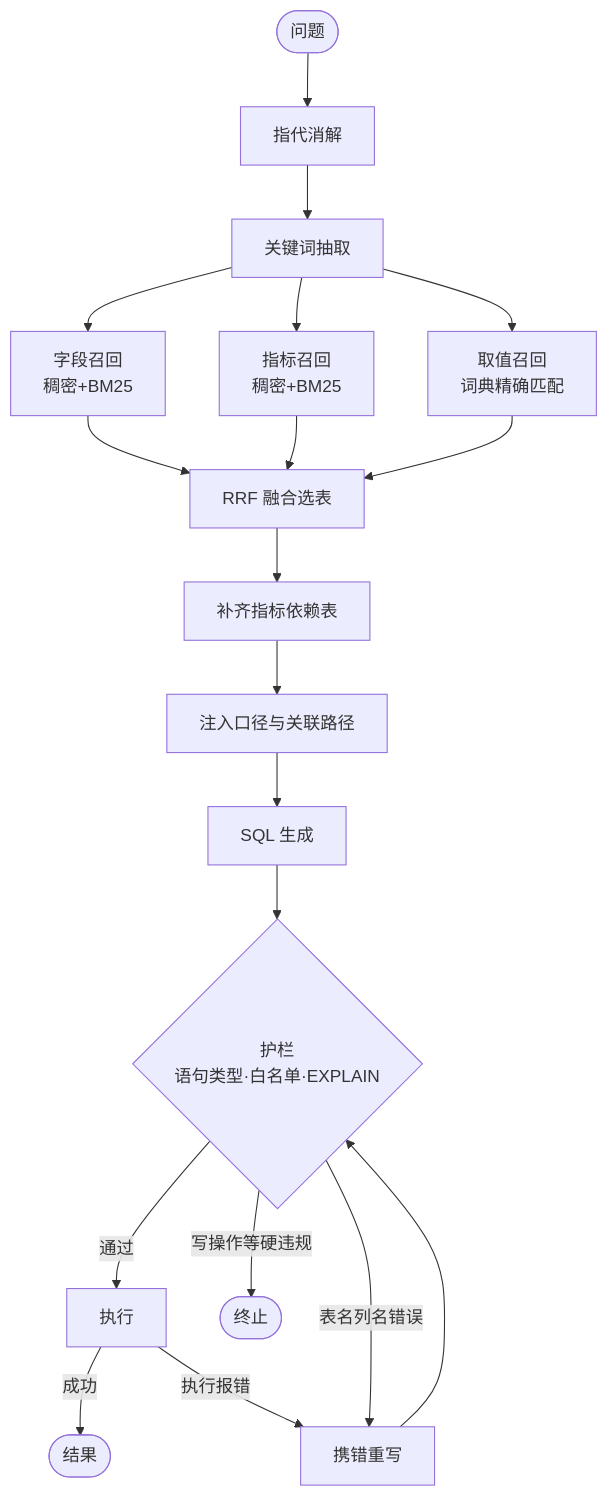
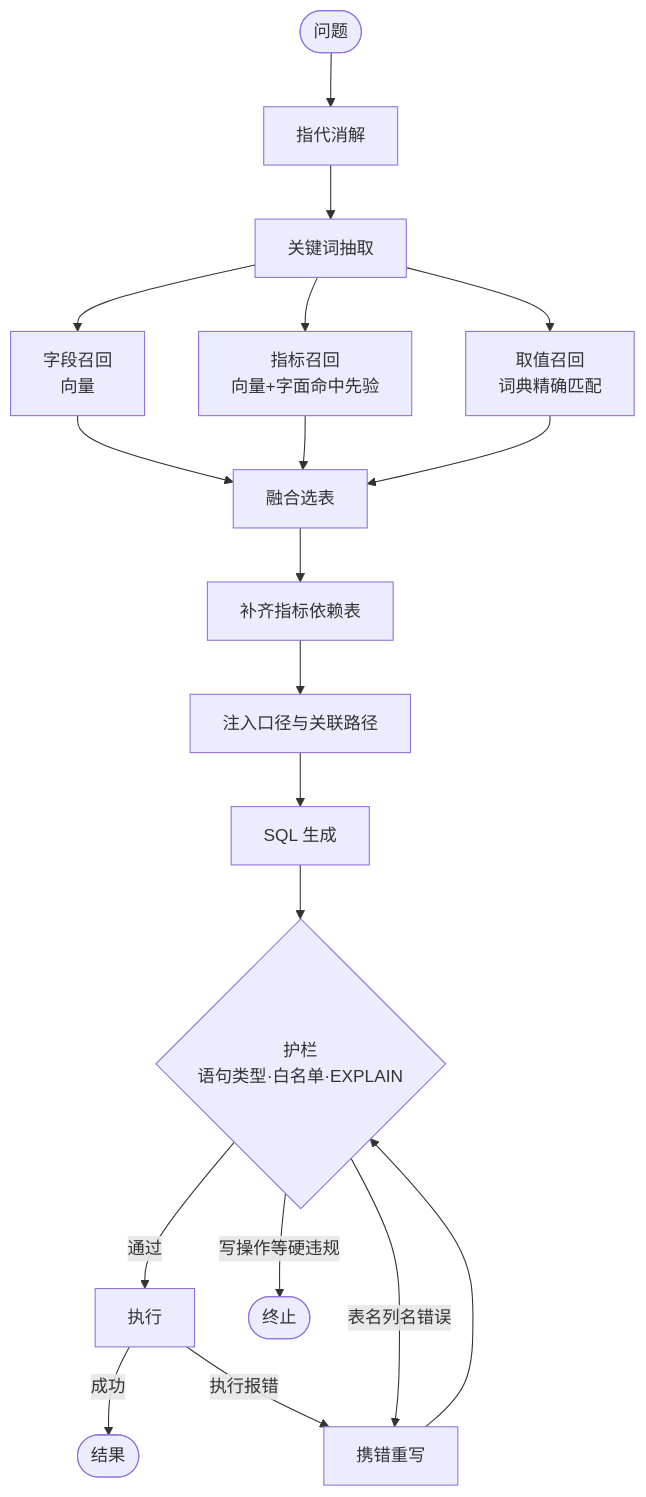
Before and after one commit to 1liurui/channel-insight: the second of 3 diagrams in README.md, drawn with Mermaid. The commit also changed other lines of this file and 30 other files, not shown here.

````diff
--- a/README.md
+++ b/README.md
@@ -125,21 +130,21 @@
 ```mermaid
 flowchart TD
   S([问题]) --> RW[指代消解]
   RW --> KW[关键词抽取]
-  KW --> RC[字段召回<br/>稠密+BM25]
-  KW --> RM[指标召回<br/>稠密+BM25]
+  KW --> RC[字段召回<br/>向量]
+  KW --> RM[指标召回<br/>向量+字面命中先验]
   KW --> RV[取值召回<br/>词典精确匹配]
-  RC --> FU[RRF 融合选表]
+  RC --> FU[融合选表]
   RM --> FU
   RV --> FU
   FU --> FS[补齐指标依赖表]
   FS --> BC[注入口径与关联路径]
   BC --> GS[SQL 生成]
   GS --> GR{护栏<br/>语句类型·白名单·EXPLAIN}
   GR -->|通过| EX[执行]
   GR -->|写操作等硬违规| END1([终止])
   GR -->|表名列名错误| CS[携错重写]
   EX -->|成功| END2([结果])
   EX -->|执行报错| CS
   CS --> GR
 ```
````
